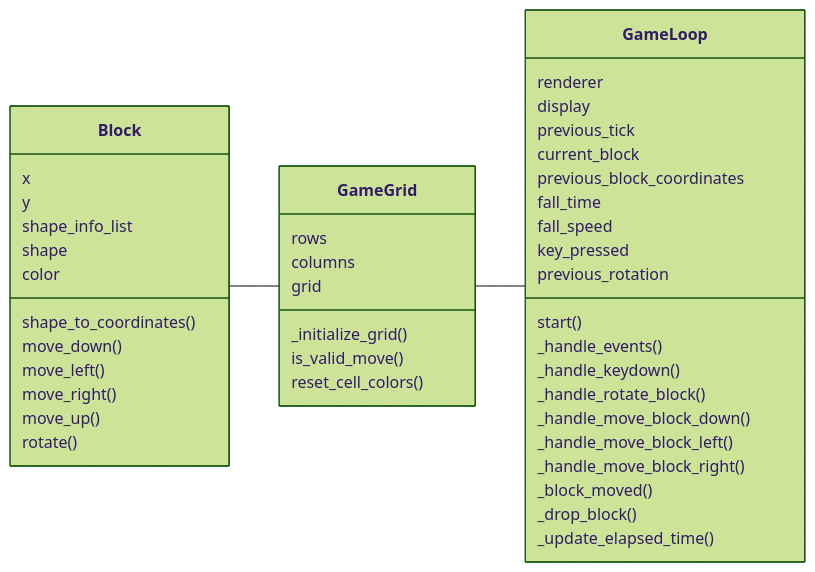
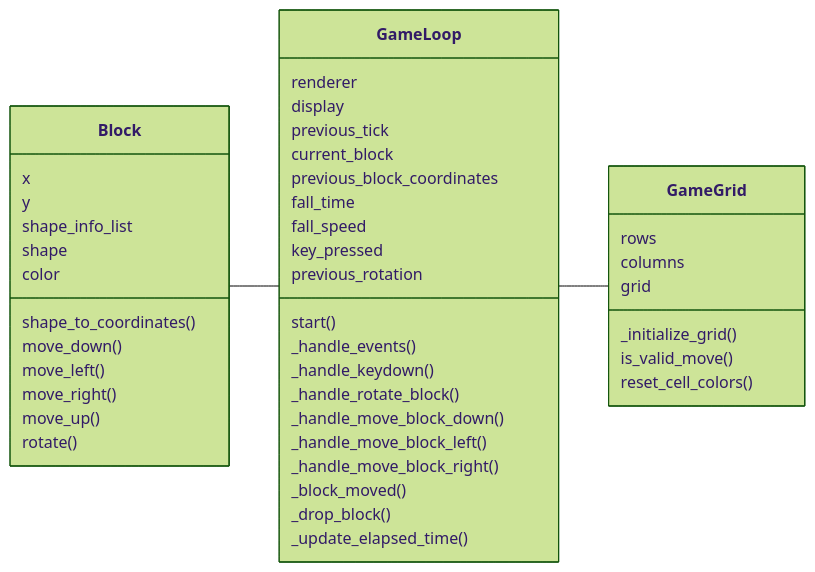
Before and after one commit to smannist/ot2023: the diagram in dokumentaatio/arkkitehtuuri.md, drawn with Mermaid (forest theme).

````diff
--- a/dokumentaatio/arkkitehtuuri.md
+++ b/dokumentaatio/arkkitehtuuri.md
@@ -6,56 +6,56 @@
 ```mermaid
 
  classDiagram
  
  direction LR
  
-      Block -- GameGrid
-      GameGrid -- GameLoop
+      Block -- GameLoop
+      GameLoop -- GameGrid
       
       
       class Block{
       x
       y
       shape_info_list
       shape
       color
       shape_to_coordinates()
       move_down()
       move_left()
       move_right()
       move_up()
       rotate()
       }
       
       class GameGrid{
       rows
       columns
       grid
       _initialize_grid()
       is_valid_move()
       reset_cell_colors()
       }
       
       class GameLoop{
       renderer
       display
       previous_tick
       current_block
       previous_block_coordinates
       fall_time
       fall_speed
       key_pressed
       previous_rotation
       start()
       _handle_events()
       _handle_keydown()
       _handle_rotate_block()
       _handle_move_block_down()
       _handle_move_block_left()
       _handle_move_block_right()
       _block_moved()
       _drop_block()
       _update_elapsed_time()
       }
       
 ```
````
